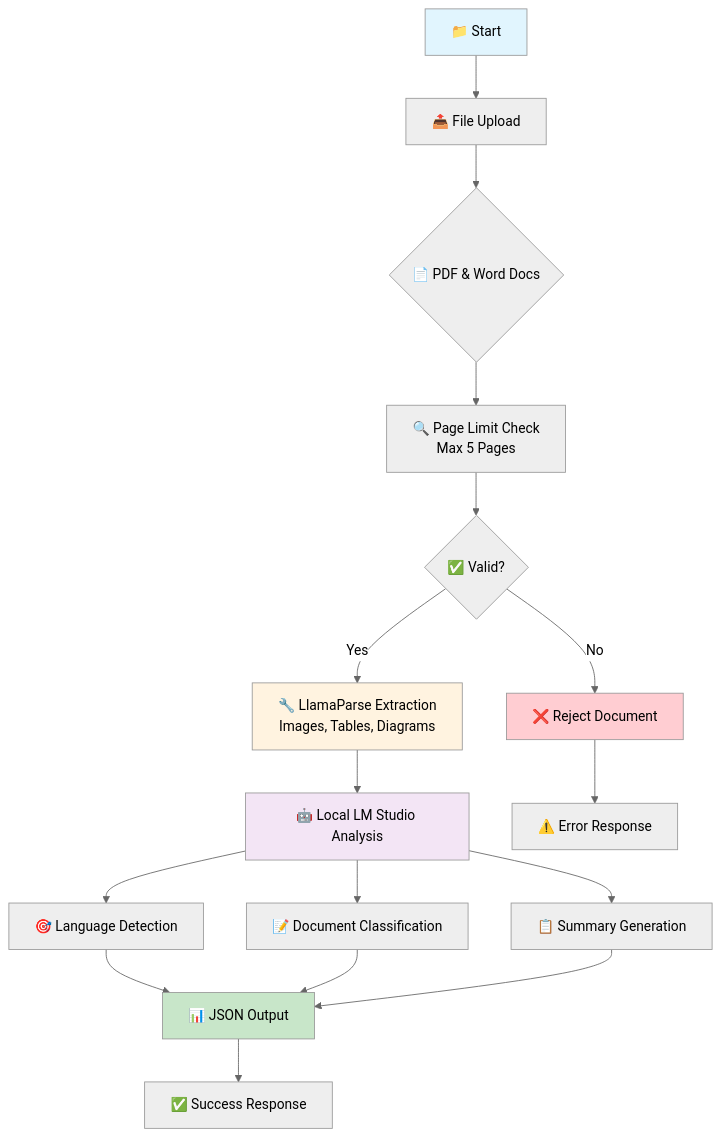
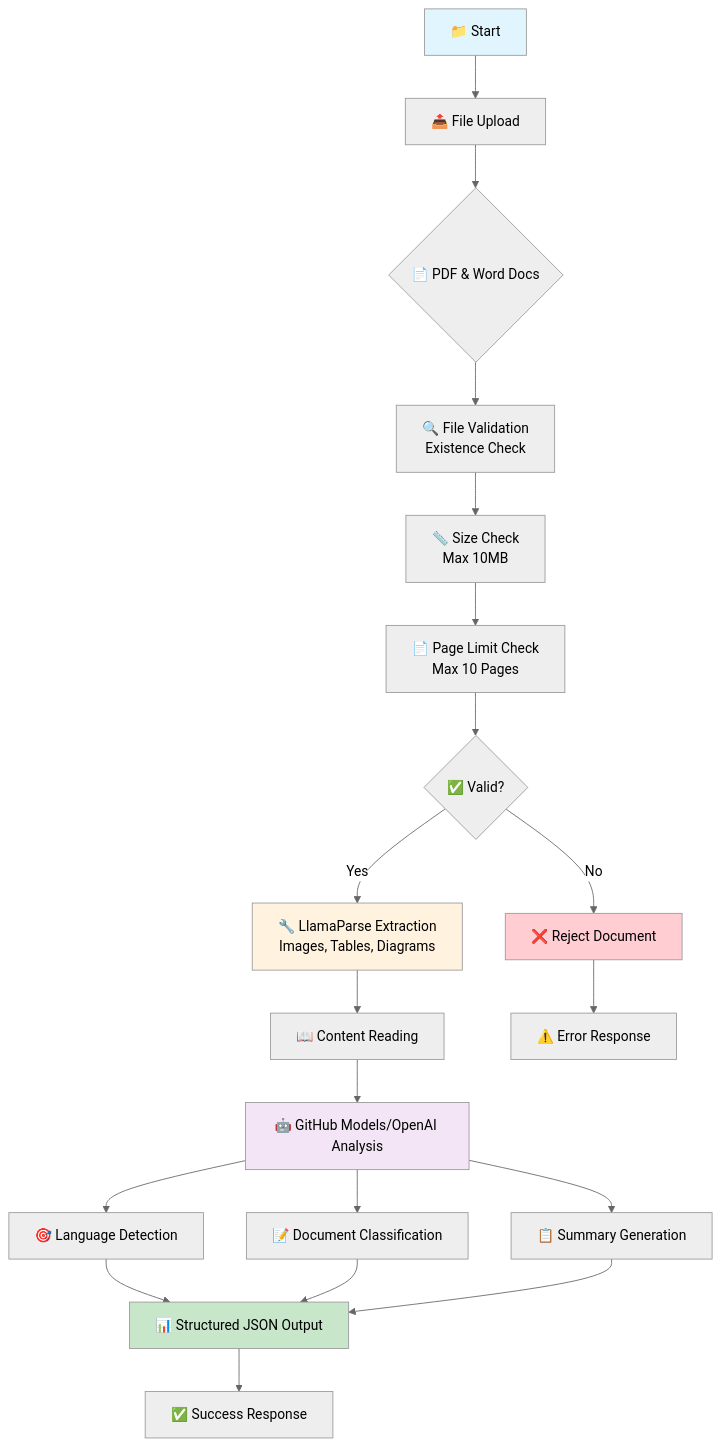
The first of 2 diagrams in README.md (KarthikChekuri/AI_Document_Processor), drawn with Mermaid (neutral theme) before and after one commit. The commit also changed other lines of this file, not shown here.

````diff
--- a/README.md
+++ b/README.md
@@ -15,24 +17,27 @@
 ```mermaid
 flowchart TD
     A[📁 Start] --> B[📤 File Upload]
     B --> C{📄 PDF & Word Docs}
-    C --> D[🔍 Page Limit Check<br/>Max 5 Pages]
-    D --> E{✅ Valid?}
-    E -->|No| F[❌ Reject Document]
-    E -->|Yes| G[🔧 LlamaParse Extraction<br/>Images, Tables, Diagrams]
-    G --> H[🤖 Local LM Studio Analysis]
-    H --> I[🎯 Language Detection]
-    H --> J[📝 Document Classification]  
-    H --> K[📋 Summary Generation]
-    I --> L[📊 JSON Output]
-    J --> L
-    K --> L
-    F --> M[⚠️ Error Response]
-    L --> N[✅ Success Response]
+    C --> D[🔍 File Validation<br/>Existence Check]
+    D --> E[📏 Size Check<br/>Max 10MB]
+    E --> F[📄 Page Limit Check<br/>Max 10 Pages]
+    F --> G{✅ Valid?}
+    G -->|No| H[❌ Reject Document]
+    G -->|Yes| I[🔧 LlamaParse Extraction<br/>Images, Tables, Diagrams]
+    I --> J[📖 Content Reading]
+    J --> K[🤖 GitHub Models/OpenAI Analysis]
+    K --> L[🎯 Language Detection]
+    K --> M[📝 Document Classification]  
+    K --> N[📋 Summary Generation]
+    L --> O[📊 Structured JSON Output]
+    M --> O
+    N --> O
+    H --> P[⚠️ Error Response]
+    O --> Q[✅ Success Response]
     
     style A fill:#e1f5fe
-    style L fill:#c8e6c9
-    style F fill:#ffcdd2
-    style G fill:#fff3e0
-    style H fill:#f3e5f5
+    style O fill:#c8e6c9
+    style H fill:#ffcdd2
+    style I fill:#fff3e0
+    style K fill:#f3e5f5
 ```
````
